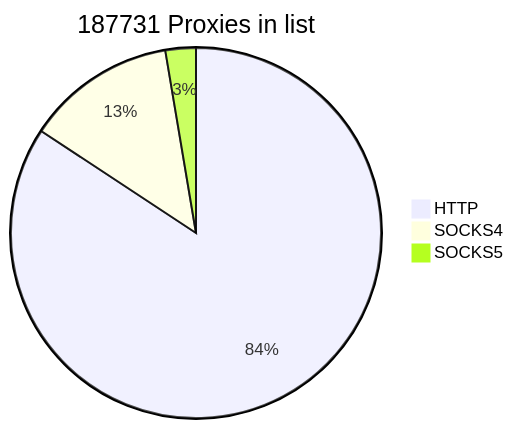
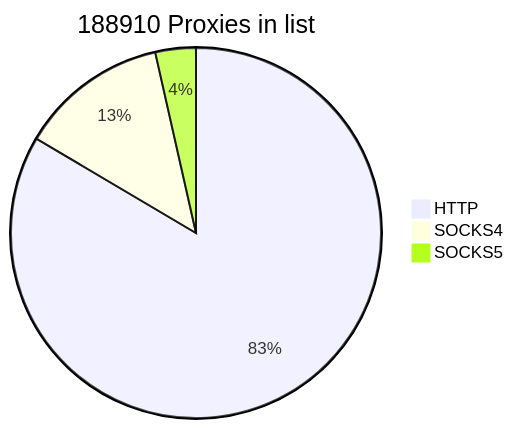
Before and after one commit to cutipu/proxylist: the first of 2 diagrams in README.md, drawn with Mermaid. The commit also changed other lines of this file, not shown here.

````diff
--- a/README.md
+++ b/README.md
@@ -2,7 +2,7 @@
 ```mermaid
-pie title 187731 Proxies in list
-    "HTTP" : 158203
-    "SOCKS4" : 24543
-    "SOCKS5" : 4985
+pie title 188910 Proxies in list
+    "HTTP" : 157737
+    "SOCKS4" : 24493
+    "SOCKS5" : 6680
             
 ```
````
